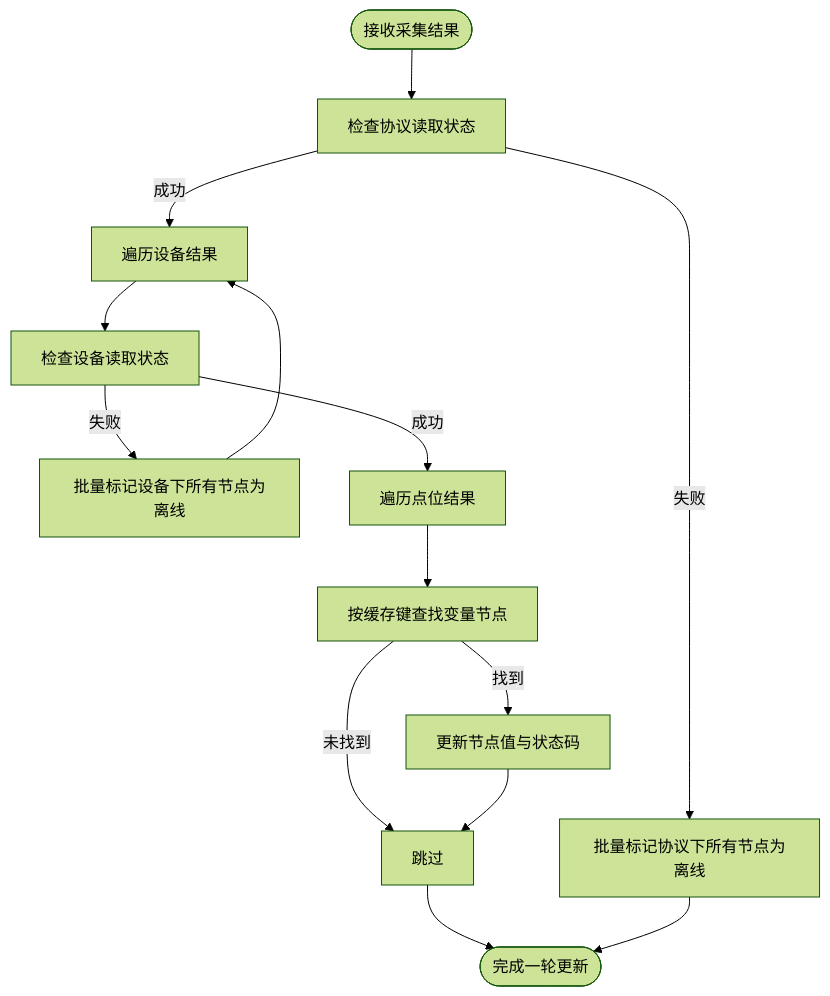
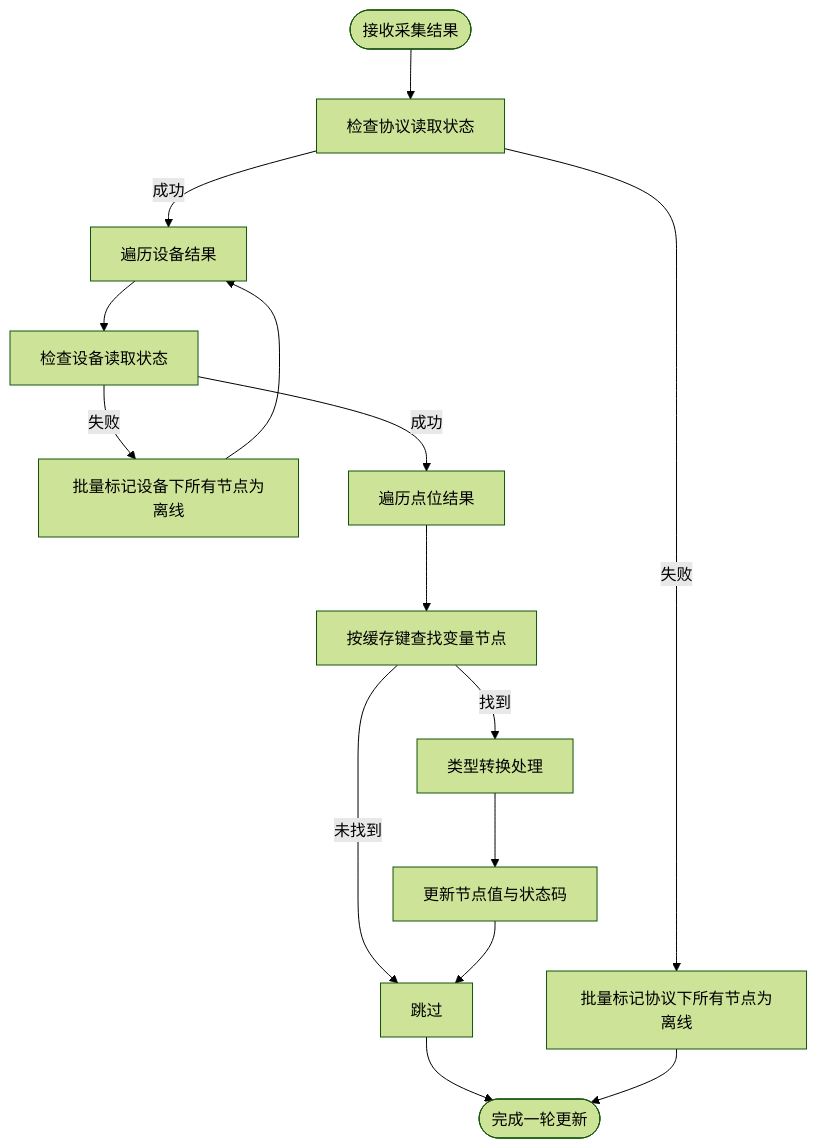
One commit to whitemousetl/IndustrialDataSolution changed the fifth of 6 diagrams in .qoder/repowiki/zh/content/OPC UA集成/节点管理机制.md. Above: the diagram before and after it, drawn with Mermaid (forest theme). The commit also changed other lines of this file and 18 other files, not shown here.

````diff
--- a/.qoder/repowiki/zh/content/OPC UA集成/节点管理机制.md
+++ b/.qoder/repowiki/zh/content/OPC UA集成/节点管理机制.md
@@ -275,16 +284,17 @@
 ```mermaid
 flowchart TD
 Start(["接收采集结果"]) --> CheckProtocol["检查协议读取状态"]
 CheckProtocol --> |失败| MarkAll["批量标记协议下所有节点为离线"]
 CheckProtocol --> |成功| LoopEq["遍历设备结果"]
 LoopEq --> CheckEq["检查设备读取状态"]
 CheckEq --> |失败| MarkEq["批量标记设备下所有节点为离线"]
 CheckEq --> |成功| LoopPt["遍历点位结果"]
 LoopPt --> FindVar["按缓存键查找变量节点"]
 FindVar --> |未找到| NextPt["跳过"]
-FindVar --> |找到| UpdateVal["更新节点值与状态码"]
+FindVar --> |找到| ConvertType["类型转换处理"]
+ConvertType --> UpdateVal["更新节点值与状态码"]
 UpdateVal --> NextPt
 NextPt --> Done(["完成一轮更新"])
 MarkAll --> Done
 MarkEq --> LoopEq
 ```
````
